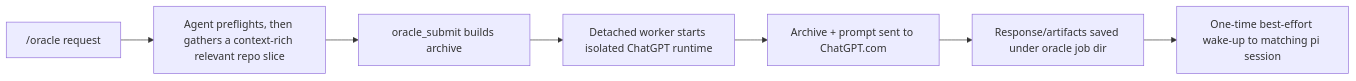
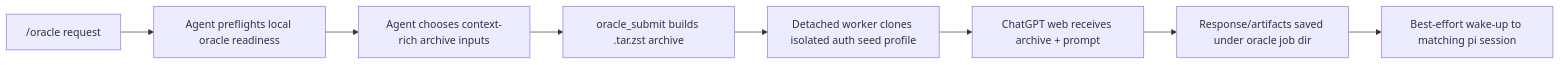
One commit to fitchmultz/pi-oracle changed the diagram in README.md. Above: the diagram before and after it, drawn with Mermaid. The commit also changed other lines of this file, not shown here.

````diff
--- a/README.md
+++ b/README.md
@@ -83,9 +135,10 @@
 ```mermaid
 flowchart LR
-    A["/oracle request"] --> B["Agent preflights, then gathers a context-rich relevant repo slice"]
-    B --> C["oracle_submit builds archive"]
-    C --> D["Detached worker starts isolated ChatGPT runtime"]
-    D --> E["Archive + prompt sent to ChatGPT.com"]
-    E --> F["Response/artifacts saved under oracle job dir"]
-    F --> G["One-time best-effort wake-up to matching pi session"]
+    A["/oracle request"] --> B["Agent preflights local oracle readiness"]
+    B --> C["Agent chooses context-rich archive inputs"]
+    C --> D["oracle_submit builds .tar.zst archive"]
+    D --> E["Detached worker clones isolated auth seed profile"]
+    E --> F["ChatGPT web receives archive + prompt"]
+    F --> G["Response/artifacts saved under oracle job dir"]
+    G --> H["Best-effort wake-up to matching pi session"]
 ```
````
